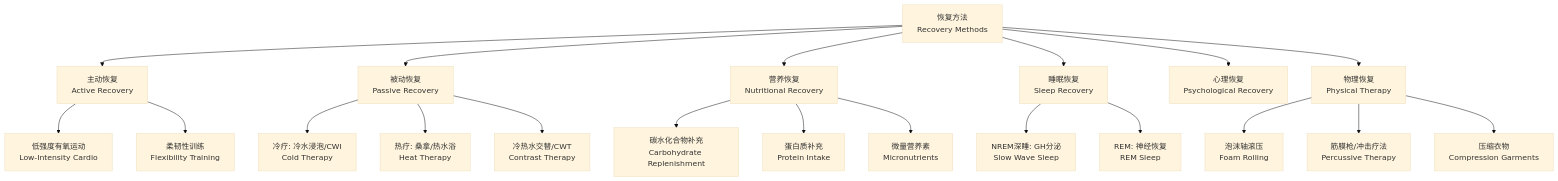
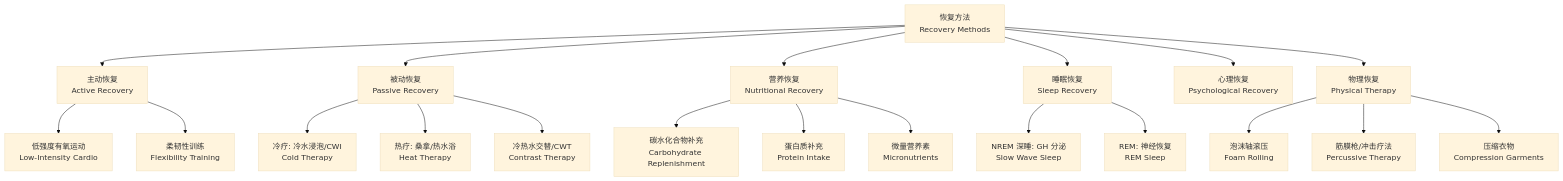
One commit to Tianshang301/TianshangKnowledgeBase changed the diagram in 12_SportsScience/SportsTraining/RecoveryMethods.md. Above: the diagram before and after it, drawn with Mermaid (base theme). The commit also changed other lines of this file and 2257 other files, not shown here.

````diff
--- a/12_SportsScience/SportsTraining/RecoveryMethods.md
+++ b/12_SportsScience/SportsTraining/RecoveryMethods.md
@@ -28,22 +30,22 @@
 ```mermaid
 flowchart TD
     RM[恢复方法<br/>Recovery Methods] --> AR[主动恢复<br/>Active Recovery]
     RM --> PR[被动恢复<br/>Passive Recovery]
     RM --> NR[营养恢复<br/>Nutritional Recovery]
     RM --> SR[睡眠恢复<br/>Sleep Recovery]
     RM --> PRY[心理恢复<br/>Psychological Recovery]
     RM --> PHYS[物理恢复<br/>Physical Therapy]
     AR --> AR1[低强度有氧运动<br/>Low-Intensity Cardio]
     AR --> AR2[柔韧性训练<br/>Flexibility Training]
     PR --> PR1[冷疗: 冷水浸泡/CWI<br/>Cold Therapy]
     PR --> PR2[热疗: 桑拿/热水浴<br/>Heat Therapy]
     PR --> PR3[冷热水交替/CWT<br/>Contrast Therapy]
     PHYS --> PH1[泡沫轴滚压<br/>Foam Rolling]
     PHYS --> PH2[筋膜枪/冲击疗法<br/>Percussive Therapy]
     PHYS --> PH3[压缩衣物<br/>Compression Garments]
     NR --> NR1[碳水化合物补充<br/>Carbohydrate Replenishment]
     NR --> NR2[蛋白质补充<br/>Protein Intake]
     NR --> NR3[微量营养素<br/>Micronutrients]
-    SR --> SR1[NREM深睡: GH分泌<br/>Slow Wave Sleep]
+    SR --> SR1[NREM 深睡: GH 分泌<br/>Slow Wave Sleep]
     SR --> SR2[REM: 神经恢复<br/>REM Sleep]
 ```
````
